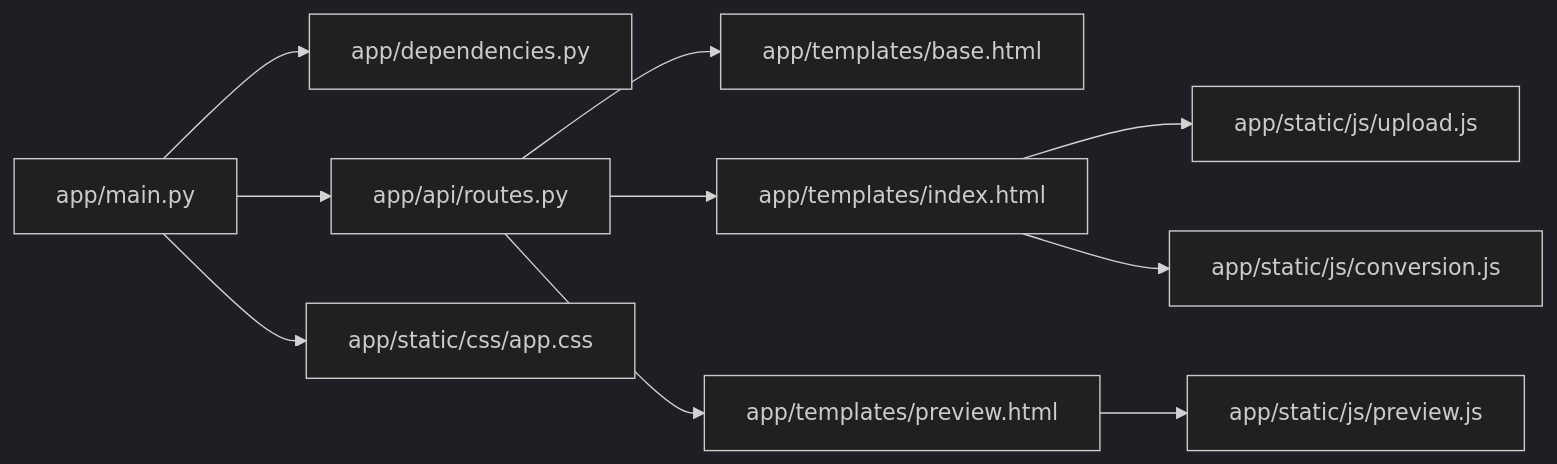
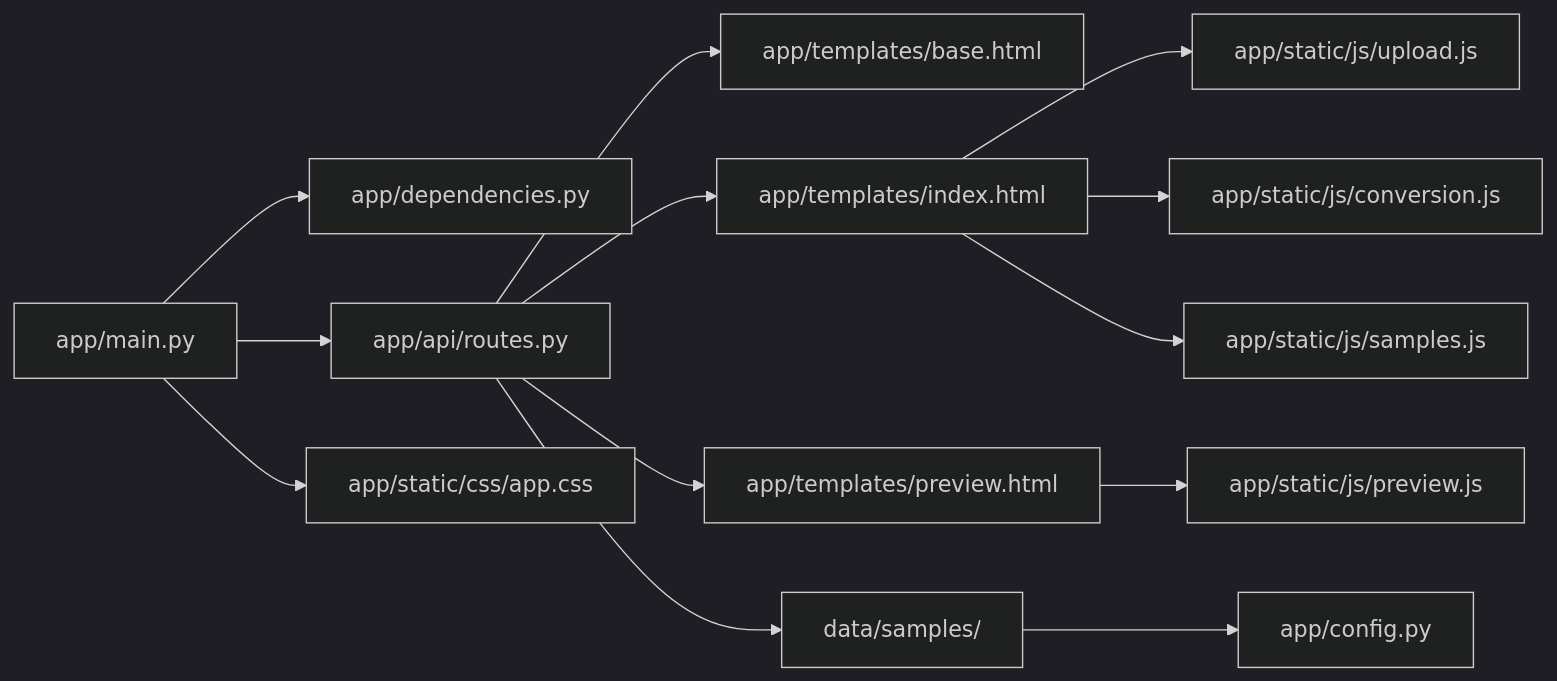
One commit to tjujingzong/Novel-to-Screenplay changed the ninth of 9 diagrams in .qoder/repowiki/zh/content/前端界面/前端界面.md. Above: the diagram before and after it, drawn with Mermaid (dark theme). The commit also changed other lines of this file and 21 other files, not shown here.

````diff
--- a/.qoder/repowiki/zh/content/前端界面/前端界面.md
+++ b/.qoder/repowiki/zh/content/前端界面/前端界面.md
@@ -405,12 +517,15 @@
 ```mermaid
 graph LR
 M["app/main.py"] --> D["app/dependencies.py"]
 M --> R["app/api/routes.py"]
 R --> T1["app/templates/base.html"]
 R --> T2["app/templates/index.html"]
 R --> T3["app/templates/preview.html"]
 M --> S1["app/static/css/app.css"]
 T2 --> S2["app/static/js/upload.js"]
 T2 --> S3["app/static/js/conversion.js"]
+T2 --> S5["app/static/js/samples.js"]
 T3 --> S4["app/static/js/preview.js"]
+R --> SD["data/samples/"]
+SD --> CFG["app/config.py"]
 ```
````
